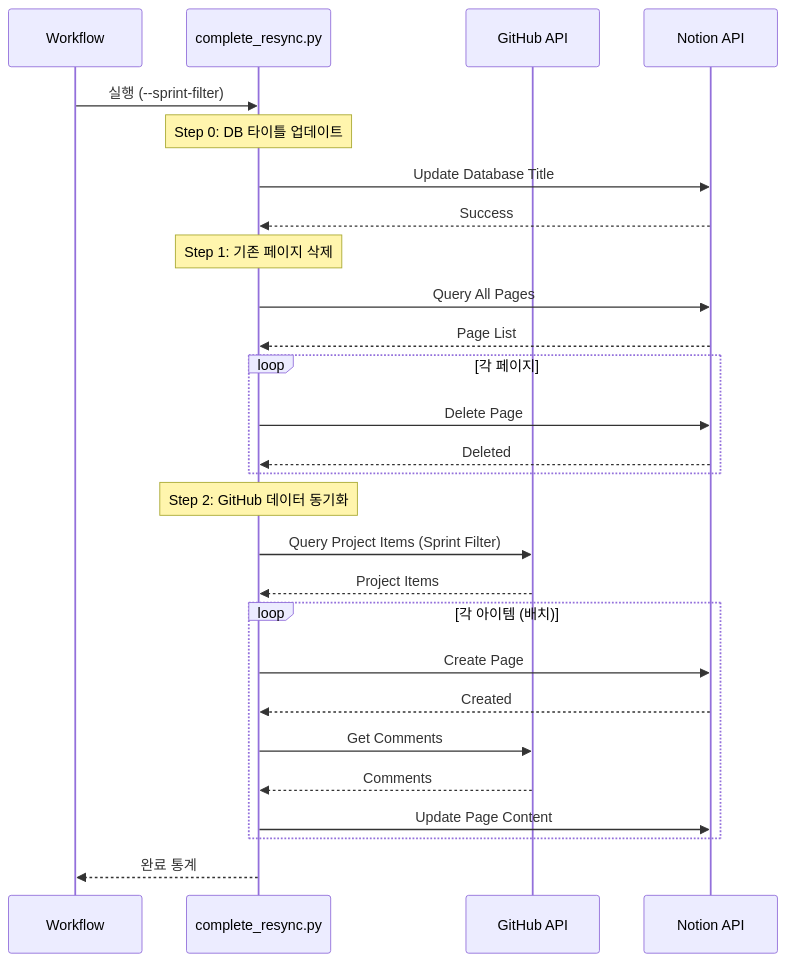
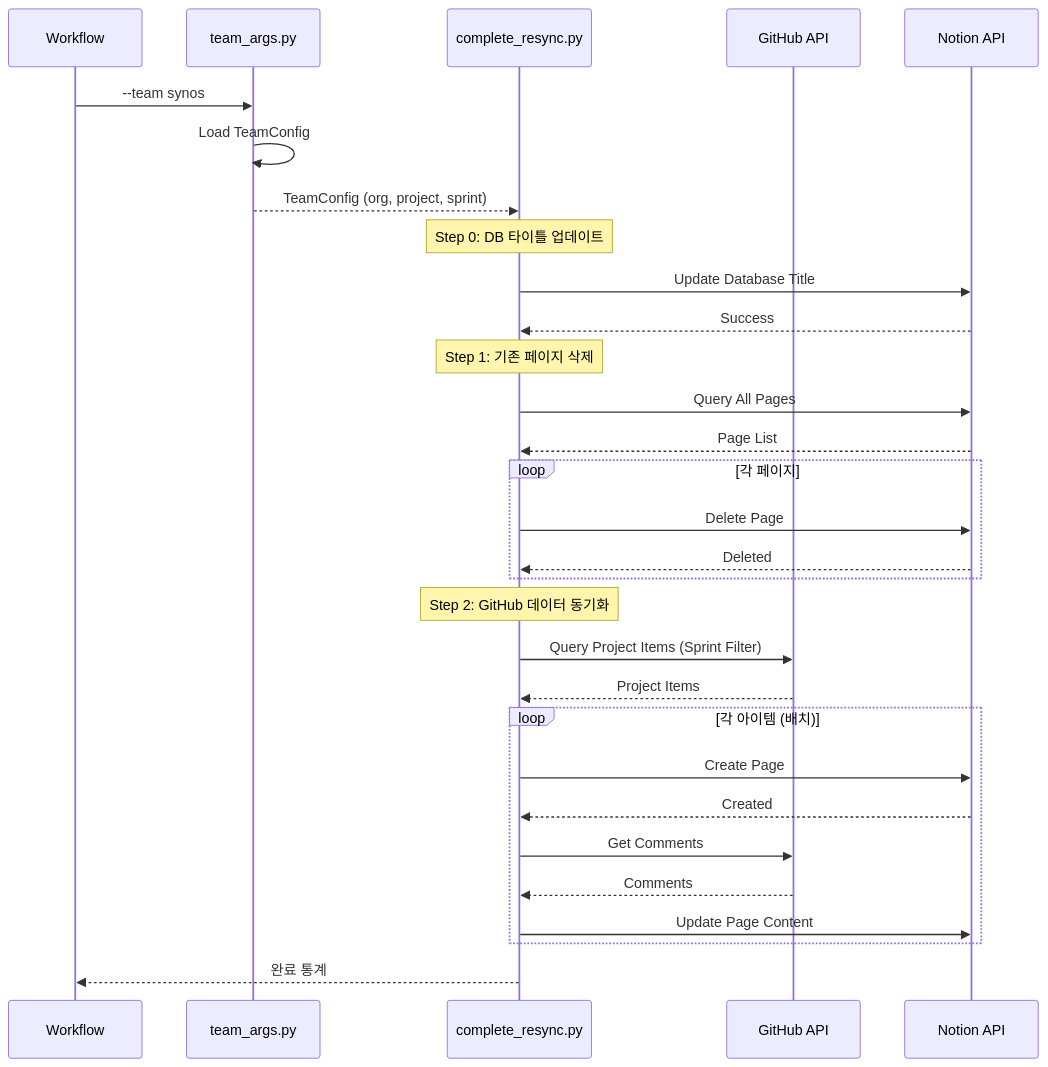
One commit to sylvanus4/github-to-notion-sync changed the seventh of 15 diagrams in docs/daily-sprint-sync/INFORMATION-ARCHITECTURE.md. Above: the diagram before and after it, drawn with Mermaid. The commit also changed other lines of this file and 23 other files, not shown here.

First line of the commit message:
feat: add multi-team support for daily sprint sync workflow (#39)

````diff
--- a/docs/daily-sprint-sync/INFORMATION-ARCHITECTURE.md
+++ b/docs/daily-sprint-sync/INFORMATION-ARCHITECTURE.md
@@ -144,35 +249,38 @@
 ```mermaid
 sequenceDiagram
     participant WF as Workflow
+    participant TA as team_args.py
     participant CR as complete_resync.py
     participant GH as GitHub API
     participant NT as Notion API
 
-    WF->>CR: 실행 (--sprint-filter)
+    WF->>TA: --team synos
+    TA->>TA: Load TeamConfig
+    TA-->>CR: TeamConfig (org, project, sprint)
     
     Note over CR: Step 0: DB 타이틀 업데이트
     CR->>NT: Update Database Title
     NT-->>CR: Success
 
     Note over CR: Step 1: 기존 페이지 삭제
     CR->>NT: Query All Pages
     NT-->>CR: Page List
     loop 각 페이지
         CR->>NT: Delete Page
         NT-->>CR: Deleted
     end
 
     Note over CR: Step 2: GitHub 데이터 동기화
     CR->>GH: Query Project Items (Sprint Filter)
     GH-->>CR: Project Items
 
     loop 각 아이템 (배치)
         CR->>NT: Create Page
         NT-->>CR: Created
         CR->>GH: Get Comments
         GH-->>CR: Comments
         CR->>NT: Update Page Content
     end
 
     CR-->>WF: 완료 통계
 ```
````
